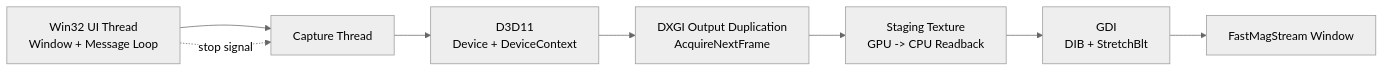
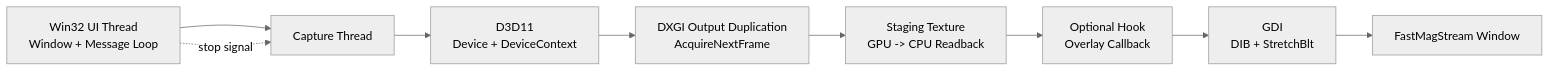
One commit to InderPabla/FastMagStream changed the diagram in README.md. Above: the diagram before and after it, drawn with Mermaid (neutral theme). The commit also changed other lines of this file and 8 other files, not shown here.

Commit message:
Core lib refactor. Added hook callback for additional processing. Moved center crosschair line into serpate example

````diff
--- a/README.md
+++ b/README.md
@@ -7,15 +11,16 @@
 ```mermaid
 flowchart LR
     UI["Win32 UI Thread<br/>Window + Message Loop"]
     CAP["Capture Thread"]
 
     D3D["D3D11<br/>Device + DeviceContext"]
     DXGI["DXGI Output Duplication<br/>AcquireNextFrame"]
     STAGE["Staging Texture<br/>GPU -> CPU Readback"]
+    HOOK["Optional Hook<br/>Overlay Callback"]
     GDI["GDI<br/>DIB + StretchBlt"]
     WIN["FastMagStream Window"]
 
     UI --> CAP
-    CAP --> D3D --> DXGI --> STAGE --> GDI --> WIN
+    CAP --> D3D --> DXGI --> STAGE --> HOOK --> GDI --> WIN
     UI -."stop signal".-> CAP
 ```
````
